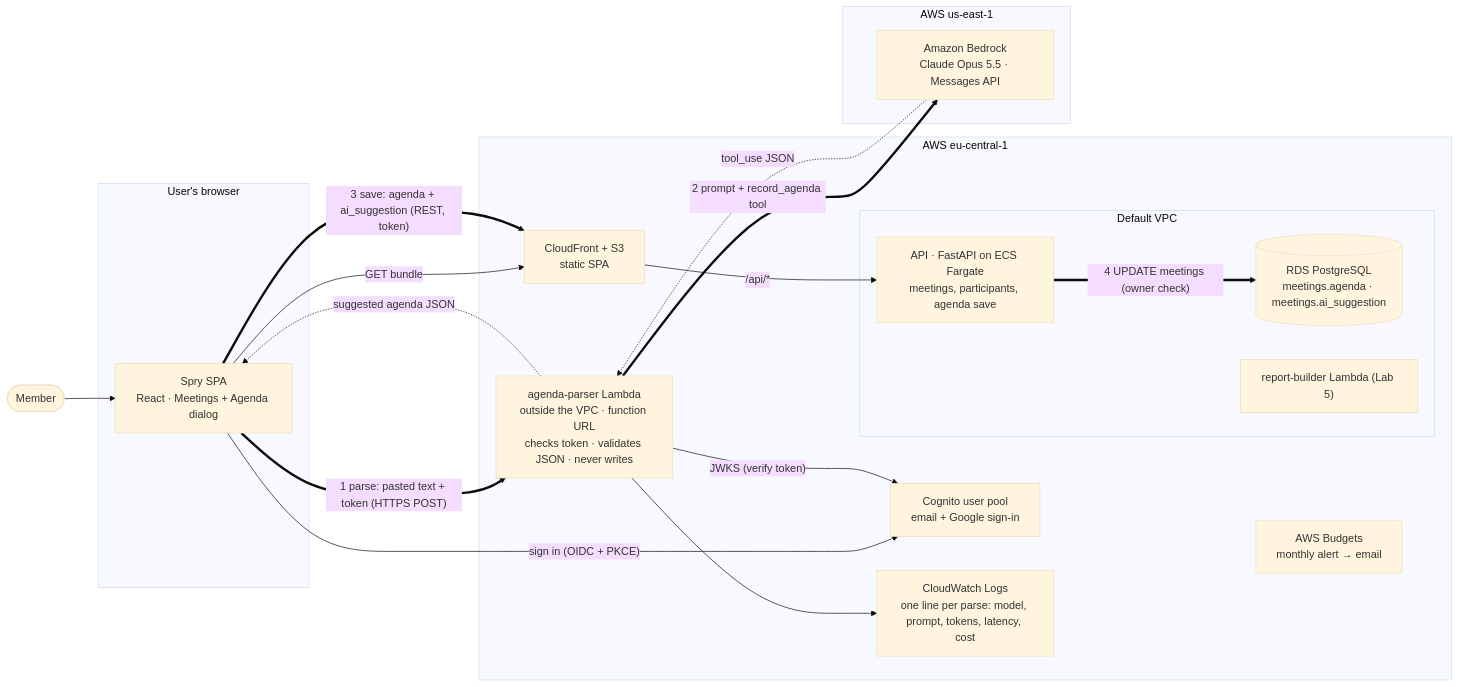
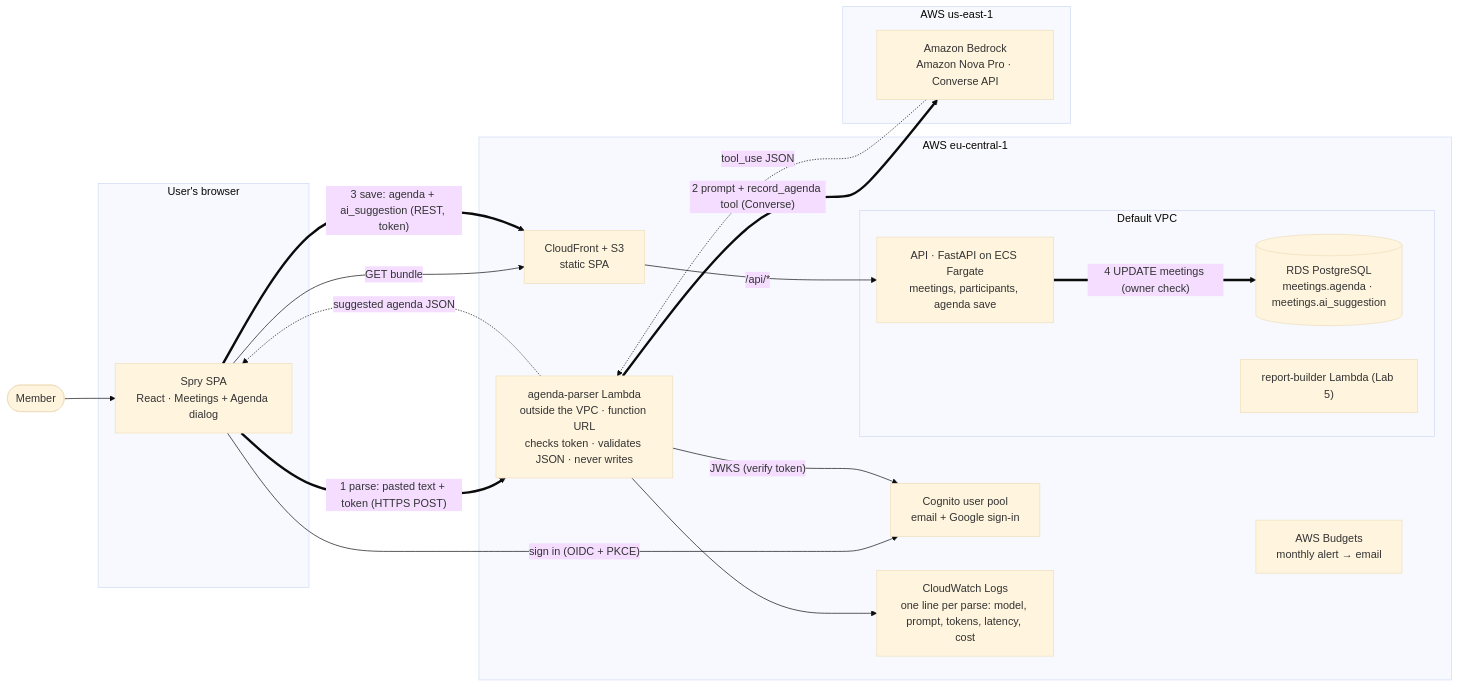
Before and after one commit to yuliiayakymiv/spry: the diagram in docs/LAB6.md, drawn with Mermaid (base theme). The commit also changed other lines of this file and 10 other files, not shown here.

First line of the commit message:
Lab 6: agenda parser on Amazon Nova (Converse API): Claude is unavailable on the AWS Free plan

````diff
--- a/docs/LAB6.md
+++ b/docs/LAB6.md
@@ -21,37 +21,37 @@
 ```mermaid
 flowchart LR
   user(["Member"]) --> spa
 
   subgraph browser["User's browser"]
     spa["Spry SPA<br/>React · Meetings + Agenda dialog"]
   end
 
   subgraph aws["AWS eu-central-1"]
     cf["CloudFront + S3<br/>static SPA"]
     cognito["Cognito user pool<br/>email + Google sign-in"]
     subgraph vpc["Default VPC"]
       api["API · FastAPI on ECS Fargate<br/>meetings, participants, agenda save"]
       db[("RDS PostgreSQL<br/>meetings.agenda · meetings.ai_suggestion")]
       builder["report-builder Lambda (Lab 5)"]
     end
     parser["agenda-parser Lambda<br/>outside the VPC · function URL<br/>checks token · validates JSON · never writes"]
     logs["CloudWatch Logs<br/>one line per parse: model, prompt, tokens, latency, cost"]
     budget["AWS Budgets<br/>monthly alert → email"]
   end
 
   subgraph ext["AWS us-east-1"]
-    bedrock["Amazon Bedrock<br/>Claude Opus 5.5 · Messages API"]
+    bedrock["Amazon Bedrock<br/>Amazon Nova Pro · Converse API"]
   end
 
   spa -->|"GET bundle"| cf
   spa -->|"sign in (OIDC + PKCE)"| cognito
   spa ==>|"1 parse: pasted text + token (HTTPS POST)"| parser
   parser -->|"JWKS (verify token)"| cognito
-  parser ==>|"2 prompt + record_agenda tool"| bedrock
+  parser ==>|"2 prompt + record_agenda tool (Converse)"| bedrock
   bedrock -.->|"tool_use JSON"| parser
   parser -.->|"suggested agenda JSON"| spa
   spa ==>|"3 save: agenda + ai_suggestion (REST, token)"| cf
   cf -->|"/api/*"| api
   api ==>|"4 UPDATE meetings (owner check)"| db
   parser --> logs
 ```
````
